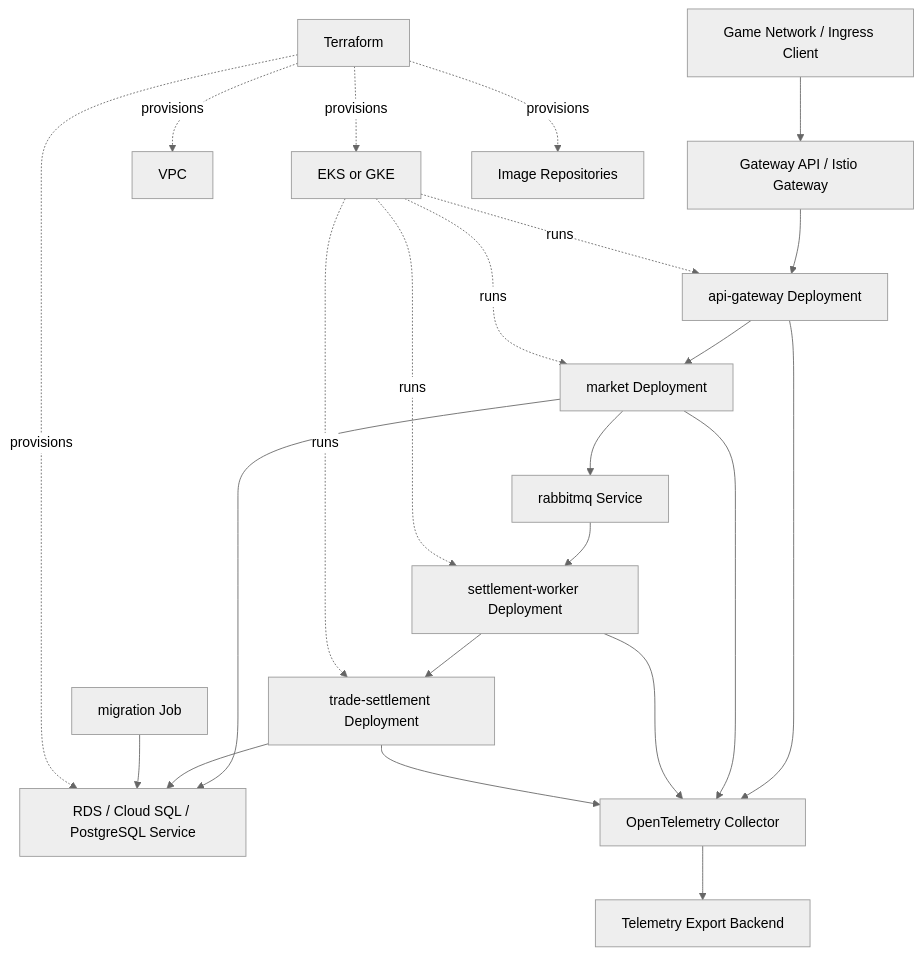
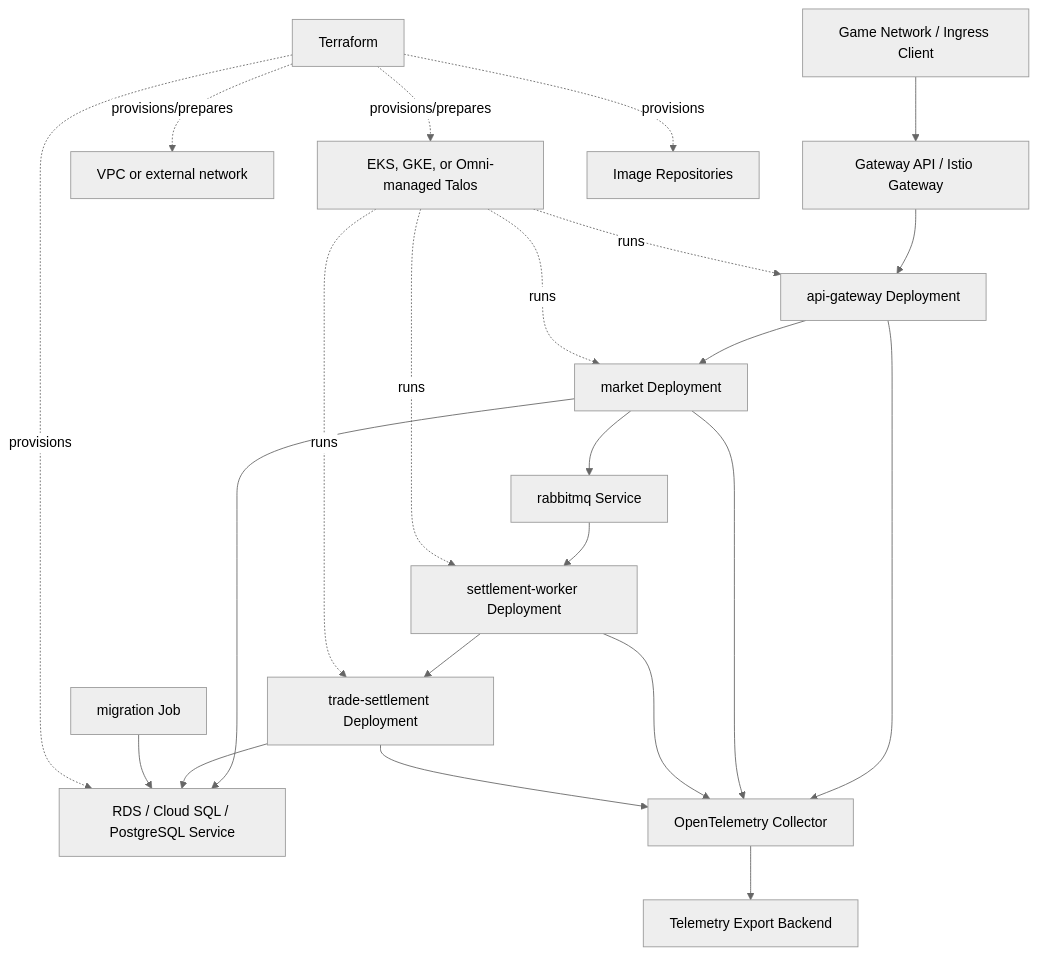
The diagram in Architecture/ISO-42010/06-deployment-operations-view.md (QuasarRay/eve-trade), drawn with Mermaid (neutral theme) before and after one commit. The commit also changed other lines of this file and 19 other files, not shown here.

Commit message:
first draft of talos/omni by implementing the changes in changes/v3/changes.md

````diff
--- a/Architecture/ISO-42010/06-deployment-operations-view.md
+++ b/Architecture/ISO-42010/06-deployment-operations-view.md
@@ -50,27 +50,27 @@
 ```mermaid
 flowchart TB
   Internet["Game Network / Ingress Client"] --> GatewayAPI["Gateway API / Istio Gateway"]
   GatewayAPI --> APIGW["api-gateway Deployment"]
   APIGW --> Market["market Deployment"]
   Market --> Rabbit["rabbitmq Service"]
   Rabbit --> Worker["settlement-worker Deployment"]
   Worker --> Settlement["trade-settlement Deployment"]
   Market --> DB["RDS / Cloud SQL / PostgreSQL Service"]
   Settlement --> DB
   Migrate["migration Job"] --> DB
 
   APIGW --> Collector["OpenTelemetry Collector"]
   Market --> Collector
   Worker --> Collector
   Settlement --> Collector
   Collector --> Observability["Telemetry Export Backend"]
 
-  Terraform["Terraform"] -. provisions .-> VPC["VPC"]
-  Terraform -. provisions .-> K8sCloud["EKS or GKE"]
+  Terraform["Terraform"] -. provisions/prepares .-> VPC["VPC or external network"]
+  Terraform -. provisions/prepares .-> K8sCloud["EKS, GKE, or Omni-managed Talos"]
   Terraform -. provisions .-> DB
   Terraform -. provisions .-> Images["Image Repositories"]
   K8sCloud -. runs .-> APIGW
   K8sCloud -. runs .-> Market
   K8sCloud -. runs .-> Worker
   K8sCloud -. runs .-> Settlement
 ```
````
